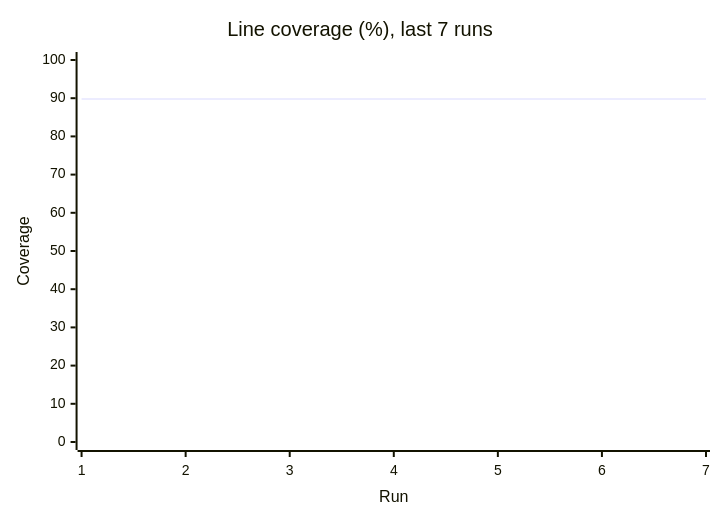
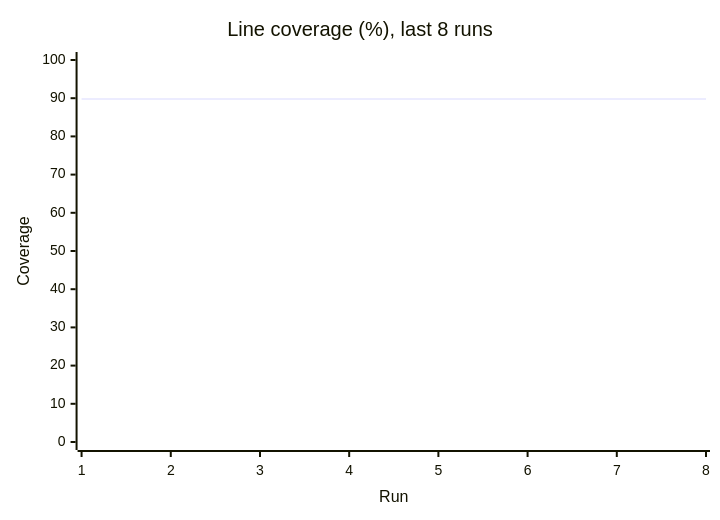
Before and after one commit to Shirojoufu/DORA-Metrics: the third of 3 diagrams in reports/summary.md, drawn with Mermaid. The commit also changed other lines of this file and 5 other files, not shown here.

````diff
--- a/reports/summary.md
+++ b/reports/summary.md
@@ -33,7 +33,7 @@
 ```mermaid
 xychart-beta
-    title "Line coverage (%), last 7 runs"
-    x-axis "Run" [1, 2, 3, 4, 5, 6, 7]
+    title "Line coverage (%), last 8 runs"
+    x-axis "Run" [1, 2, 3, 4, 5, 6, 7, 8]
     y-axis "Coverage" 0 --> 100
-    line [89.82, 89.82, 89.82, 89.82, 89.82, 89.82, 89.82]
+    line [89.82, 89.82, 89.82, 89.82, 89.82, 89.82, 89.82, 89.82]
 ```
````
